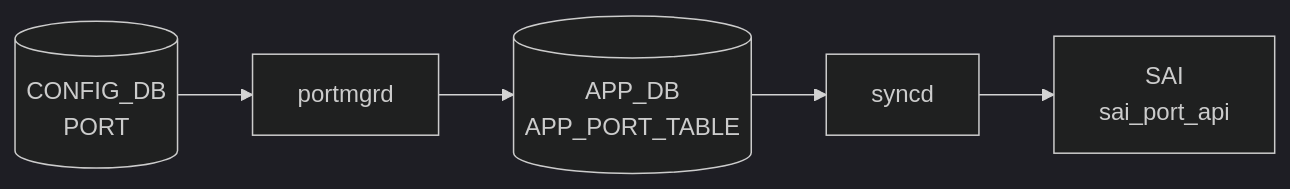
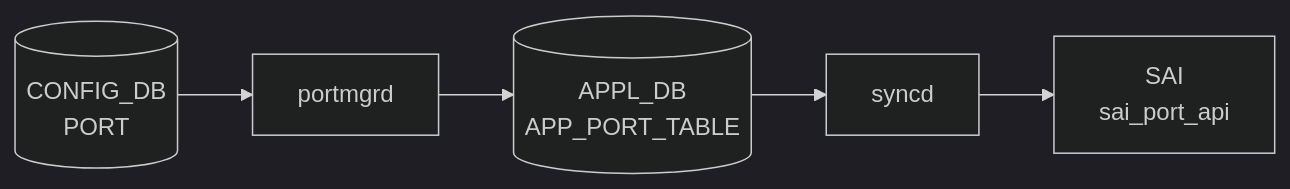
The second of 2 diagrams in docs/reference/config-db/appl-port-table.md (aoki-taquan/sonic-unofficial-docs), drawn with Mermaid (dark theme) before and after one commit. The commit also changed 91 other files, not shown here.

First line of the commit message:
fix(review-067): APP_DB→APPL_DB in mermaid labels; exclude APPL_DB pages from auto-gen

````diff
--- a/docs/reference/config-db/appl-port-table.md
+++ b/docs/reference/config-db/appl-port-table.md
@@ -69,12 +69,12 @@
 ```mermaid
 flowchart LR
   CDB[("CONFIG_DB<br/>PORT")]
   DM["portmgrd"]
   CDB --> DM
-  APPDB[("APP_DB<br/>APP_PORT_TABLE")]
+  APPDB[("APPL_DB<br/>APP_PORT_TABLE")]
   DM --> APPDB
   SYNCD["syncd"]
   APPDB --> SYNCD
   SAI["SAI<br/>sai_port_api"]
   SYNCD --> SAI
 ```
````
